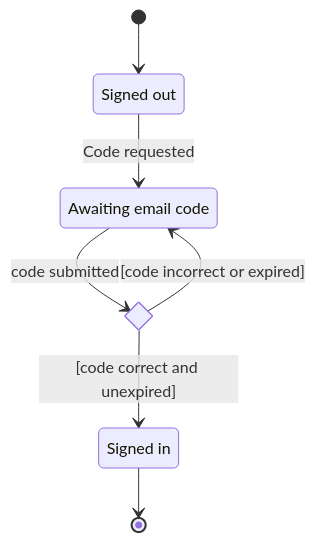
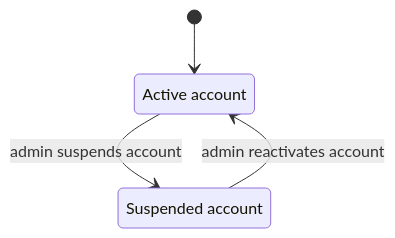
Before and after one commit to openai-scientist/docs: the first of 8 diagrams in diagrams/09-state-machine/State-Machine-Diagrams-Mermaid.md, drawn with Mermaid. The commit also changed other lines of this file and 35 other files, not shown here.

Commit message:
feat(diagrams): add activity flows and align lifecycle views

````diff
--- a/diagrams/09-state-machine/State-Machine-Diagrams-Mermaid.md
+++ b/diagrams/09-state-machine/State-Machine-Diagrams-Mermaid.md
@@ -9,14 +9,8 @@
 ```mermaid
 stateDiagram-v2
-    direction TB
-    state "Signed out" as s_signed_out
-    state "Awaiting email code" as s_awaiting_code
-    state s_valid_code <<choice>>
-    state "Signed in" as s_signed_in
-    [*] --> s_signed_out
-    s_signed_out --> s_awaiting_code : Code requested
-    s_awaiting_code --> s_valid_code : code submitted
-    s_valid_code --> s_awaiting_code : [code incorrect or expired]
-    s_valid_code --> s_signed_in : [code correct and unexpired]
-    s_signed_in --> [*]
+    state "Active account" as active
+    state "Suspended account" as suspended
+    [*] --> active
+    active --> suspended : admin suspends account
+    suspended --> active : admin reactivates account
 ```
````
